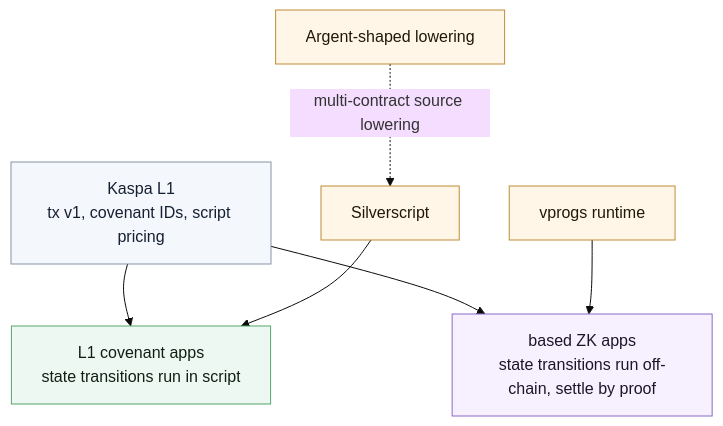
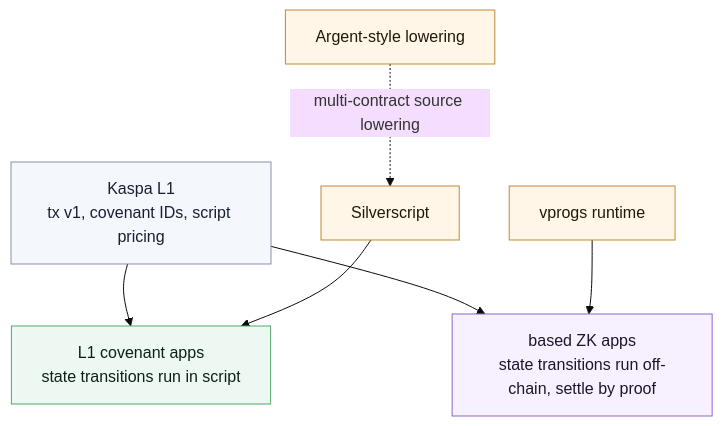
One commit to kaspanet/docs changed the second of 4 diagrams in content/docs/toccata/index.mdx. Above: the diagram before and after it, drawn with Mermaid (base theme). The commit also changed other lines of this file and 10 other files, not shown here.

````diff
--- a/content/docs/toccata/index.mdx
+++ b/content/docs/toccata/index.mdx
@@ -71,22 +71,22 @@
 ```mermaid
 flowchart TB
     classDef base fill:#f4f7fb,stroke:#8794a8,color:#172033
     classDef cov fill:#edf8f2,stroke:#55a66b,color:#102015
     classDef zk fill:#f7f1ff,stroke:#8b68ca,color:#1d162b
     classDef tool fill:#fff6e8,stroke:#bd8d37,color:#21180c
 
     L1["Kaspa L1<br/>tx v1, covenant IDs, script pricing"]:::base
 
     C["L1 covenant apps<br/>state transitions run in script"]:::cov
     Z["based ZK apps<br/>state transitions run off-chain, settle by proof"]:::zk
 
     S["Silverscript"]:::tool
-    A["Argent-shaped lowering"]:::tool
+    A["Argent-style lowering"]:::tool
     V["vprogs runtime"]:::tool
 
     L1 --> C
     L1 --> Z
     S --> C
     A -. "multi-contract source lowering" .-> S
     V --> Z
 ```
````
